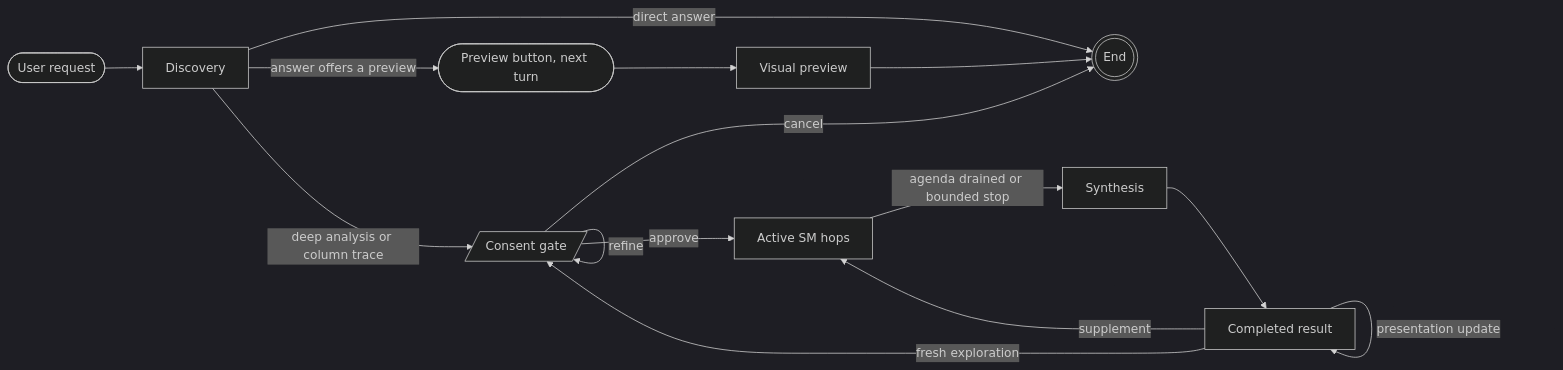
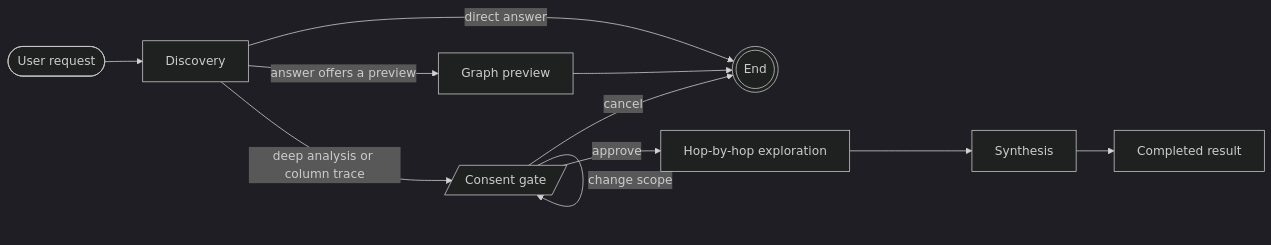
The second of 2 diagrams in docs/ARCHITECTURE.md (ChrisDevRepo/vscode_data_lineage), drawn with Mermaid (dark theme) before and after one commit. The commit also changed other lines of this file and 22 other files, not shown here.

````diff
--- a/docs/ARCHITECTURE.md
+++ b/docs/ARCHITECTURE.md
@@ -179,15 +54,11 @@
 ```mermaid
 flowchart LR
     Q([User request]) --> D[Discovery]
     D -->|direct answer| END(((End)))
-    D -->|answer offers a preview| PB([Preview button, next turn]) --> P[Visual preview] --> END
+    D -->|answer offers a preview| P[Graph preview] --> END
     D -->|deep analysis or column trace| G[/Consent gate/]
-    G -->|refine| G
+    G -->|change scope| G
     G -->|cancel| END
-    G -->|approve| A[Active SM hops]
-    A -->|agenda drained or bounded stop| S[Synthesis]
-    S --> C[Completed result]
-    C -->|presentation update| C
-    C -->|supplement| A
-    C -->|fresh exploration| G
+    G -->|approve| A[Hop-by-hop exploration]
+    A --> S[Synthesis] --> C[Completed result]
 ```
````
